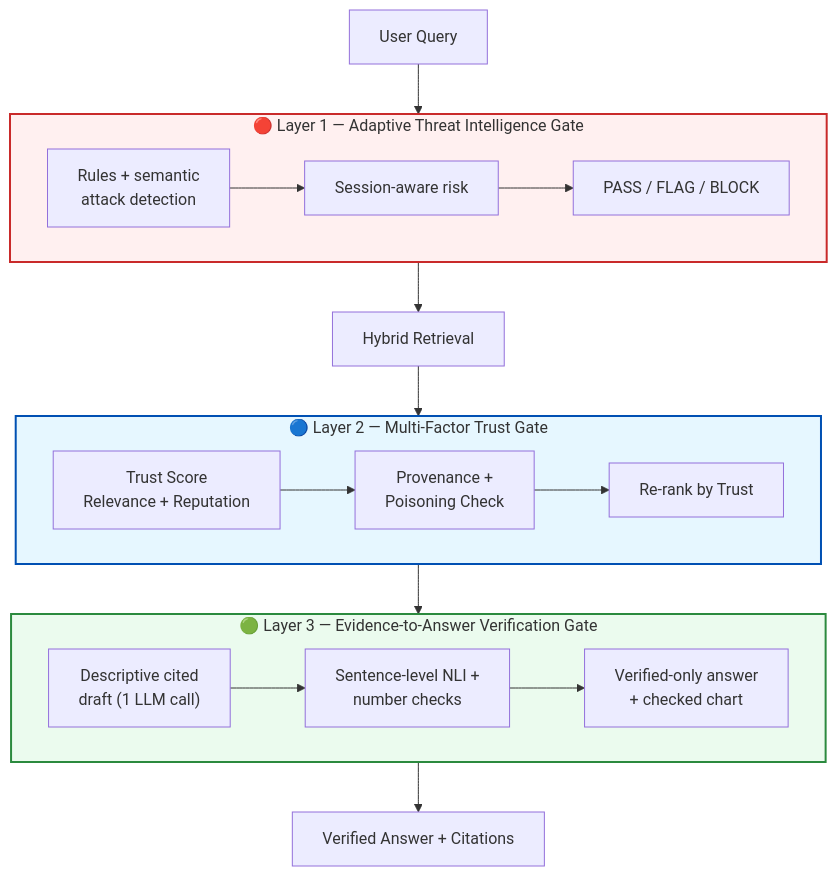
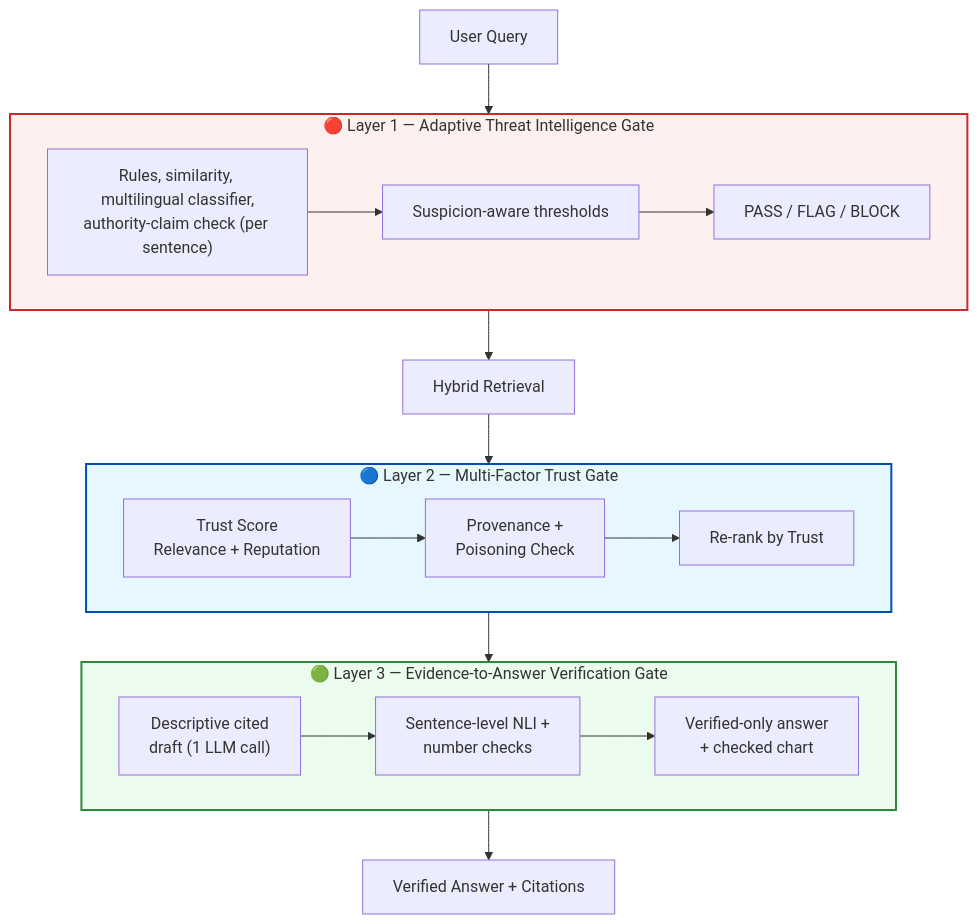
The second of 2 diagrams in README.md (SakthiQ/ATTS-RAG), drawn with Mermaid before and after one commit. The commit also changed other lines of this file and 7 other files, not shown here.

````diff
--- a/README.md
+++ b/README.md
@@ -108,27 +108,27 @@
 ```mermaid
 flowchart TD
     UQ["User Query"] --> L1
 
     subgraph L1["🔴 Layer 1 — Adaptive Threat Intelligence Gate"]
-        L1a["Rules + semantic<br/>attack detection"] --> L1b["Session-aware risk"] --> L1c["PASS / FLAG / BLOCK"]
+        L1a["Rules, similarity, multilingual classifier,<br/>authority-claim check (per sentence)"] --> L1b["Suspicion-aware thresholds"] --> L1c["PASS / FLAG / BLOCK"]
     end
 
     L1 --> Retrieval["Hybrid Retrieval"]
     Retrieval --> L2
 
     subgraph L2["🔵 Layer 2 — Multi-Factor Trust Gate"]
         L2a["Trust Score<br/>Relevance + Reputation"] --> L2b["Provenance +<br/>Poisoning Check"] --> L2c["Re-rank by Trust"]
     end
 
     L2 --> L3
 
     subgraph L3["🟢 Layer 3 — Evidence-to-Answer Verification Gate"]
         L3a["Descriptive cited<br/>draft (1 LLM call)"] --> L3b["Sentence-level NLI +<br/>number checks"] --> L3c["Verified-only answer<br/>+ checked chart"]
     end
 
     L3 --> Final["Verified Answer + Citations"]
 
     style L1 fill:#fff0f0,stroke:#c92a2a,stroke-width:2px
     style L2 fill:#e6f7ff,stroke:#0050b3,stroke-width:2px
     style L3 fill:#ebfbee,stroke:#2b8a3e,stroke-width:2px
 ```
````
